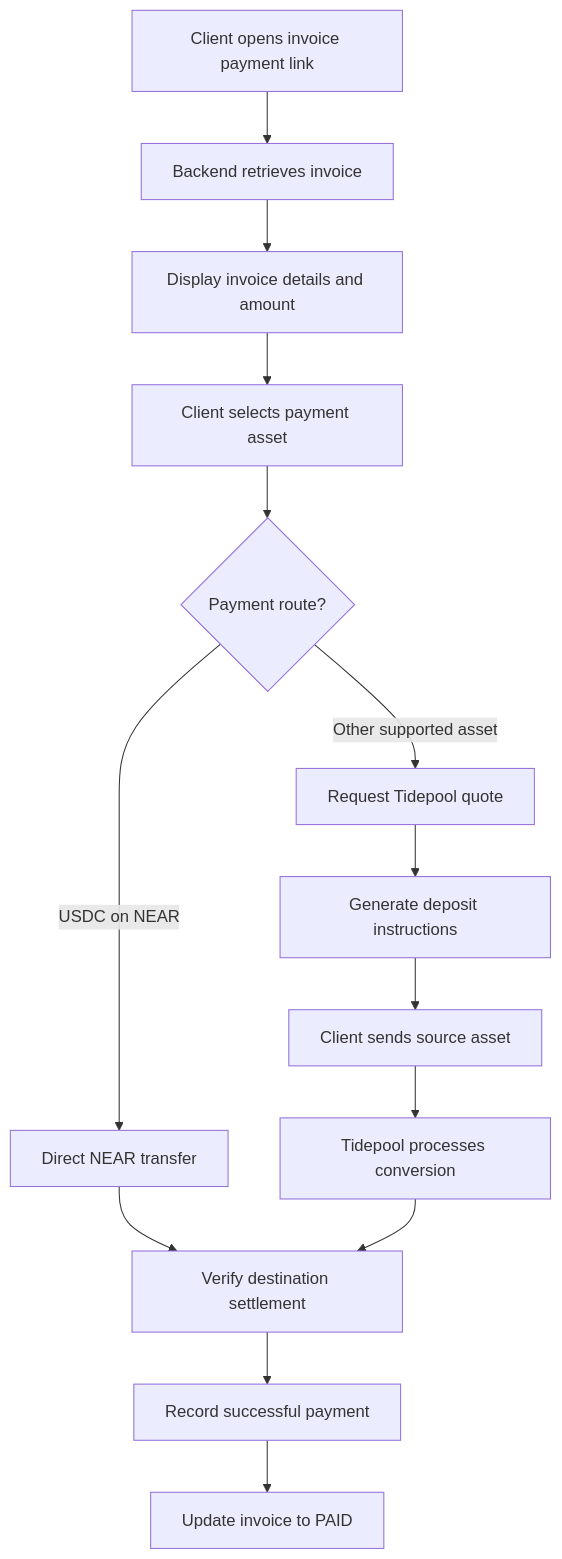
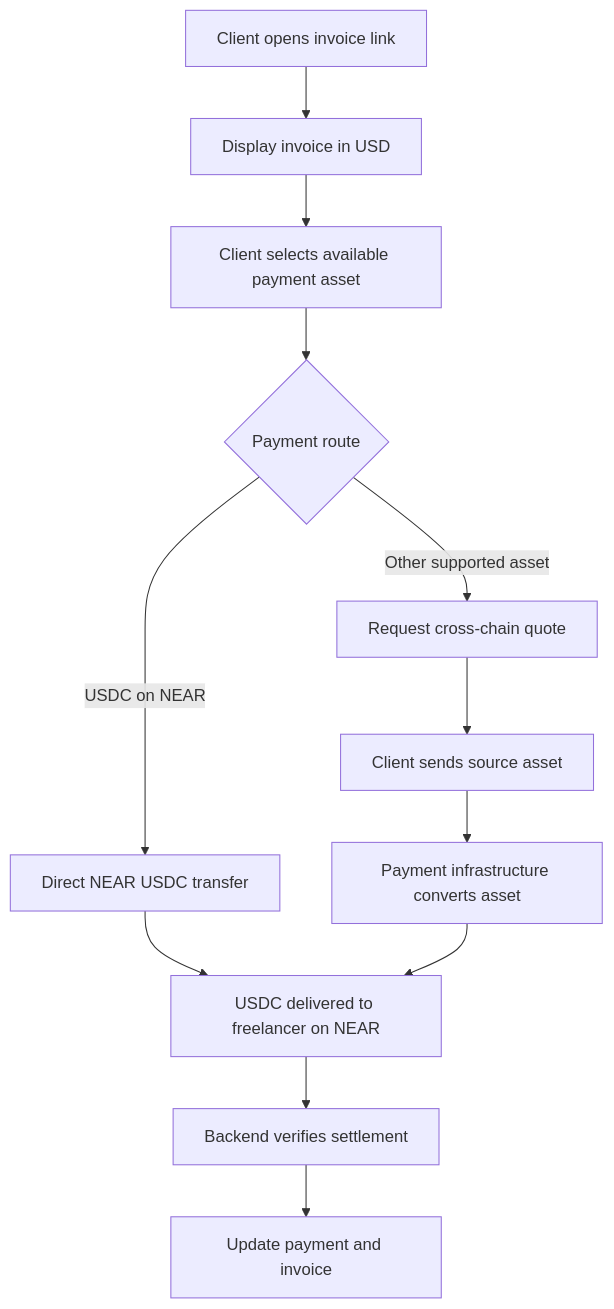
Before and after one commit to Taufiq-ul-islam/payflow-on-near: the fourth of 4 diagrams in README.md, drawn with Mermaid. The commit also changed other lines of this file and 22 other files, not shown here.

````diff
--- a/README.md
+++ b/README.md
@@ -518,22 +540,22 @@
 ```mermaid
 flowchart TD
-    A["Client opens invoice payment link"]
-    B["Backend retrieves invoice"]
-    C["Display invoice details and amount"]
-    D["Client selects payment asset"]
-    E{"Payment route?"}
+    A["Client opens invoice link"]
+    B["Display invoice in USD"]
+    C["Client selects available payment asset"]
+    D{"Payment route"}
+    E["Direct NEAR USDC transfer"]
+    F["Request cross-chain quote"]
+    G["Client sends source asset"]
+    H["Payment infrastructure converts asset"]
+    I["USDC delivered to freelancer on NEAR"]
+    J["Backend verifies settlement"]
+    K["Update payment and invoice"]
 
-    A --> B --> C --> D --> E
-
-    E -->|"USDC on NEAR"| F["Direct NEAR transfer"]
-    E -->|"Other supported asset"| G["Request Tidepool quote"]
-
-    F --> H["Verify destination settlement"]
-    G --> I["Generate deposit instructions"]
-    I --> J["Client sends source asset"]
-    J --> K["Tidepool processes conversion"]
-    K --> H
-
-    H --> L["Record successful payment"]
-    L --> M["Update invoice to PAID"]
+    A --> B --> C --> D
+    D -->|"USDC on NEAR"| E
+    D -->|"Other supported asset"| F
+    F --> G --> H
+    E --> I
+    H --> I
+    I --> J --> K
 ```
````
